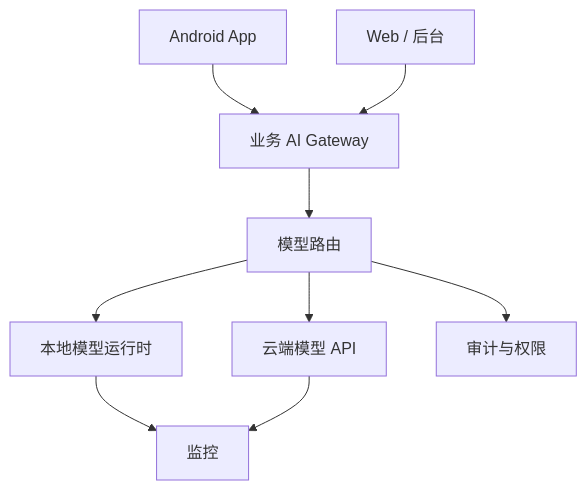
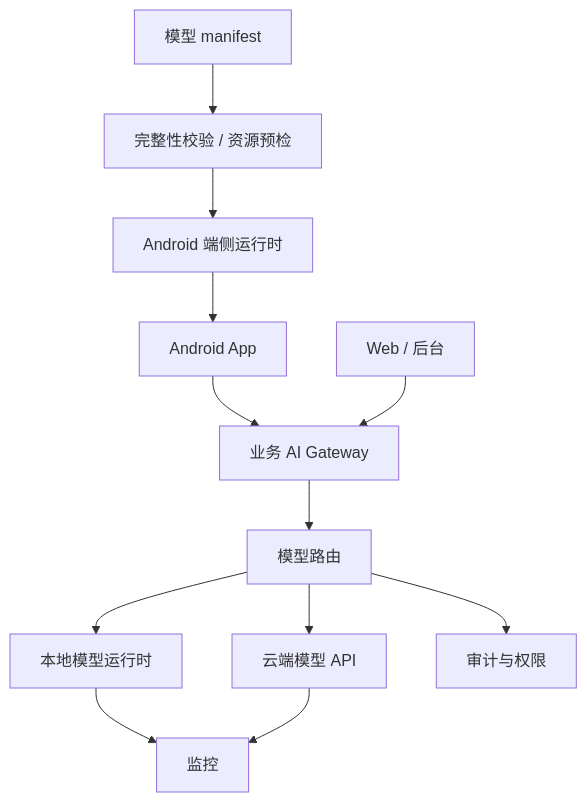
Before and after one commit to zhangkangbin/LLM_Study: the diagram in 大模型技术学习教程/17-本地模型与私有化部署/README.md, drawn with Mermaid. The commit also changed other lines of this file and 2 other files, not shown here.

````diff
--- a/大模型技术学习教程/17-本地模型与私有化部署/README.md
+++ b/大模型技术学习教程/17-本地模型与私有化部署/README.md
@@ -27,11 +32,14 @@
 ```mermaid
 flowchart TD
     Android["Android App"] --> Gateway["业务 AI Gateway"]
     Web["Web / 后台"] --> Gateway
     Gateway --> Router["模型路由"]
     Router --> Local["本地模型运行时"]
     Router --> Cloud["云端模型 API"]
     Local --> Metrics["监控"]
     Cloud --> Metrics
     Router --> Audit["审计与权限"]
+    ModelManifest["模型 manifest"] --> Preflight["完整性校验 / 资源预检"]
+    Preflight --> AndroidRuntime["Android 端侧运行时"]
+    AndroidRuntime --> Android
 ```
````
